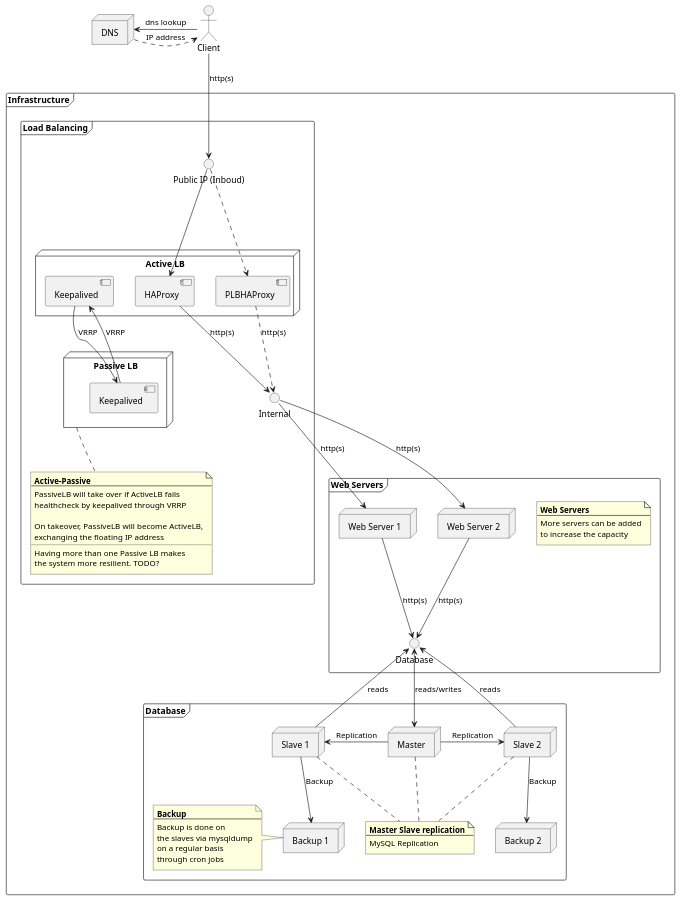
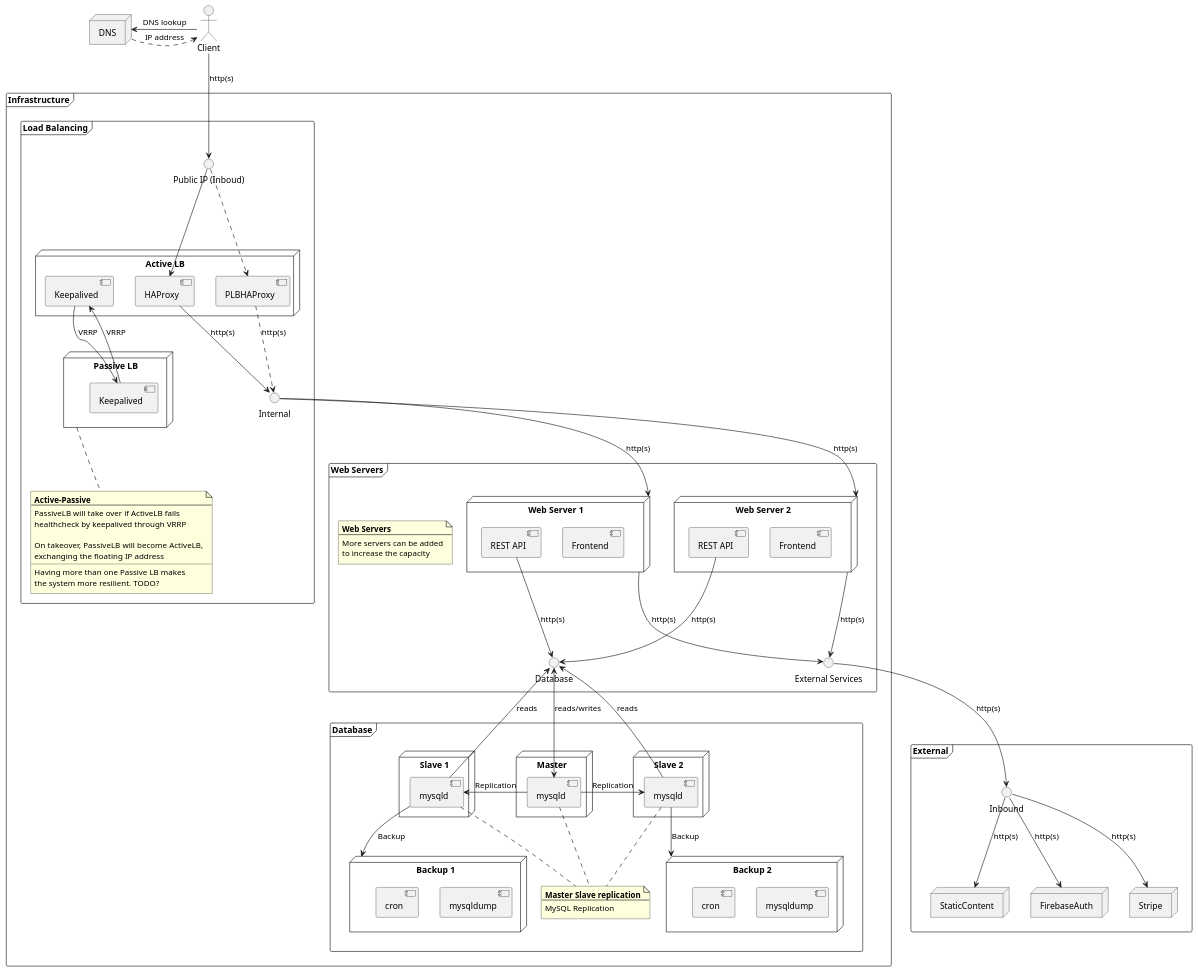
One commit to hivetown/planning changed the diagram in deployment.puml. Above: the diagram before and after it, drawn with PlantUML.

Commit message:
chore: give more detail & external services

```diff
--- a/deployment.puml
+++ b/deployment.puml
@@ -1,140 +1,175 @@
-@startuml
+@startuml "System Architecture"
 
 actor Client
 
 node DNS
 
-DNS <- Client : dns lookup
+DNS <- Client : DNS lookup
 DNS .> Client : IP address
-
 
 frame Infrastructure {
 
     frame "Load Balancing" as LB {
         interface "Public IP (Inboud)" as LBPublicIP
         Client --> LBPublicIP : http(s)
 
         node "Active LB" as ActiveLB {
             component HAProxy as ALBHAProxy {
 
             }
             LBPublicIP ...> PLBHAProxy
 
             component Keepalived as ALBKeepalived {
 
             }
         }
 
         node "Passive LB" as PassiveLB {
             component HAProxy as PLBHAProxy {
 
             }
             LBPublicIP --> ALBHAProxy
 
             component Keepalived as PLBKeepalived {
 
             }
         }
 
         ALBKeepalived --> PLBKeepalived : VRRP
         PLBKeepalived --> ALBKeepalived : VRRP
 
         interface "Internal" as LBInternal
 
         ALBHAProxy --> LBInternal : http(s)
         PLBHAProxy ..> LBInternal : http(s)
 
         note bottom of PassiveLB
             <b>Active-Passive</b>
             ---
             PassiveLB will take over if ActiveLB fails
             healthcheck by keepalived through VRRP
 
             On takeover, PassiveLB will become ActiveLB,
             exchanging the floating IP address
             ___
             Having more than one Passive LB makes
             the system more resilient. TODO?
         end note
     }
 
     ' frame "Service Discovery" as SD {
     '     node "Leader" as SDLeader {
     '     }
 
     '     node "Follower 1" as SDFollower1 {
     '     }
 
     '     node "Follower 2" as SDFollower2 {
     '     }
 
     '     SDFollower1 -> SDLeader : Replication
     '     SDFollower1 <. SDLeader : TCP/8300
     '     SDLeader <- SDFollower2 : Replication
     '     SDLeader .> SDFollower2 : TCP/8300
     ' }
 
     ' LB -[hidden]- SD
 
     frame "Web Servers" as WS {
-        node "Web Server 1" as WS1
-        node "Web Server 2" as WS2
+        node "Web Server 1" as WS1 {
+            component "Frontend" as WS1Frontend
+            component "REST API" as WS1RestAPI
+        }
+        node "Web Server 2" as WS2 {
+            component "Frontend" as WS2Frontend
+            component "REST API" as WS2RestAPI
+        }
 
         interface "Database" as WSDatabase
-        WS1 --> WSDatabase : http(s)
-        WS2 --> WSDatabase : http(s)
+        WS1RestAPI --> WSDatabase : http(s)
+        WS2RestAPI --> WSDatabase: http(s)
+
+        interface "External Services" as WSExternal
+        WS1 --> WSExternal : http(s)
+        WS2 --> WSExternal : http(s)
 
         note as WSNote
             <b>Web Servers</b>
             ---
             More servers can be added
             to increase the capacity
         end note
 
         WS1 -[hidden] WSNote
         WS2 -[hidden] WSNote
     }
 
     LBInternal --> WS1 : http(s)
     LBInternal --> WS2 : http(s)
 
     frame "Database" as DB {
-        node "Slave 1" as DBSlave1
-        node "Master" as DBMaster
-        node "Slave 2" as DBSlave2
+        node "Slave 1" as DBSlave1 {
+            component mysqld as DBSlave1Mysqld
+        }
+        node "Master" as DBMaster {
+            component mysqld as DBMasterMysqld
+        }
+        node "Slave 2" as DBSlave2 {
+            component mysqld as DBSlave2Mysqld
+        }
 
-        DBSlave1 <- DBMaster : Replication
-        DBMaster -> DBSlave2 : Replication
+        DBSlave1Mysqld <- DBMasterMysqld : Replication
+        DBMasterMysqld -> DBSlave2Mysqld : Replication
 
-        node "Backup 1" as DBBackup1
-        node "Backup 2" as DBBackup2
+        node "Backup 1" as DBBackup1 {
+            component mysqldump as DBBackup1Mysqldump
+            component cron as DBBackup1Cron
+        }
+        node "Backup 2" as DBBackup2 {
+            component mysqldump as DBBackup2Mysqldump
+            component cron as DBBackup2Cron
+        }
 
-        DBSlave1 --> DBBackup1 : Backup
-        DBSlave2 --> DBBackup2 : Backup
-        note left of DBBackup1
-            <b>Backup</b>
-            ---
-            Backup is done on
-            the slaves via mysqldump
-            on a regular basis
-            through cron jobs
-        end note
+        DBSlave1Mysqld --> DBBackup1 : Backup
+        DBSlave2Mysqld --> DBBackup2 : Backup
 
         note as DBNote
             <b>Master Slave replication</b>
             ---
             MySQL Replication
         end note
 
-        DBMaster .. DBNote
-        DBSlave1 .. DBNote
-        DBSlave2 .. DBNote
+        DBMasterMysqld .. DBNote
+        DBSlave1Mysqld .. DBNote
+        DBSlave2Mysqld .. DBNote
     }
 
-    WSDatabase <--> DBMaster : reads/writes
-    WSDatabase <-- DBSlave1 : reads
-    WSDatabase <-- DBSlave2 : reads
+    WSDatabase <--> DBMasterMysqld : reads/writes
+    WSDatabase <-- DBSlave1Mysqld : reads
+    WSDatabase <-- DBSlave2Mysqld : reads
 }
 
+frame External {
+    interface Inbound as EXInbound
+
+    node Stripe {
+
+    }
+
+    node StaticContent {
+
+    }
+
+    node FirebaseAuth {
+
+    }
+
+    EXInbound --> Stripe : http(s)
+    EXInbound --> StaticContent : http(s)
+    EXInbound --> FirebaseAuth : http(s)
+}
+
+WSExternal -[hidden]- External
+WSExternal --> EXInbound : http(s)
 
 @enduml
```
